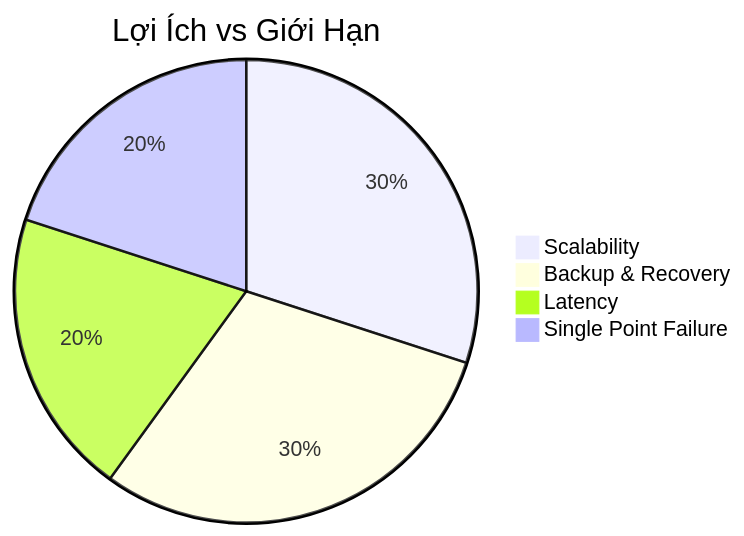
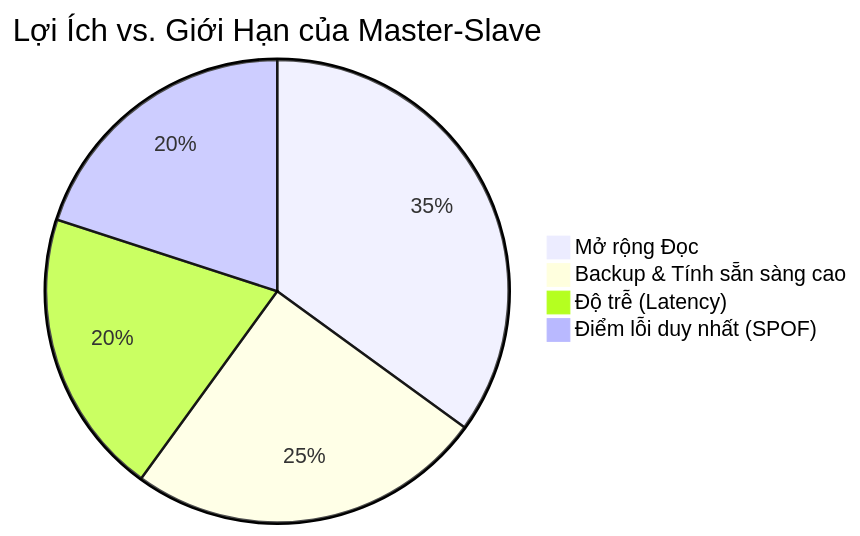
The fifth of 8 diagrams in master_slave.md (ngockhanhvd2812/DBA), drawn with Mermaid before and after one commit. The commit also changed other lines of this file, not shown here.

````diff
--- a/master_slave.md
+++ b/master_slave.md
@@ -191,7 +251,7 @@
 ```mermaid
-pie title Lợi Ích vs Giới Hạn
-    "Scalability" : 30
-    "Backup & Recovery" : 30
-    "Latency" : 20
-    "Single Point Failure" : 20
+pie title Lợi Ích vs. Giới Hạn của Master-Slave
+    "Mở rộng Đọc" : 35
+    "Backup & Tính sẵn sàng cao" : 25
+    "Độ trễ (Latency)" : 20
+    "Điểm lỗi duy nhất (SPOF)" : 20
 ```
````
